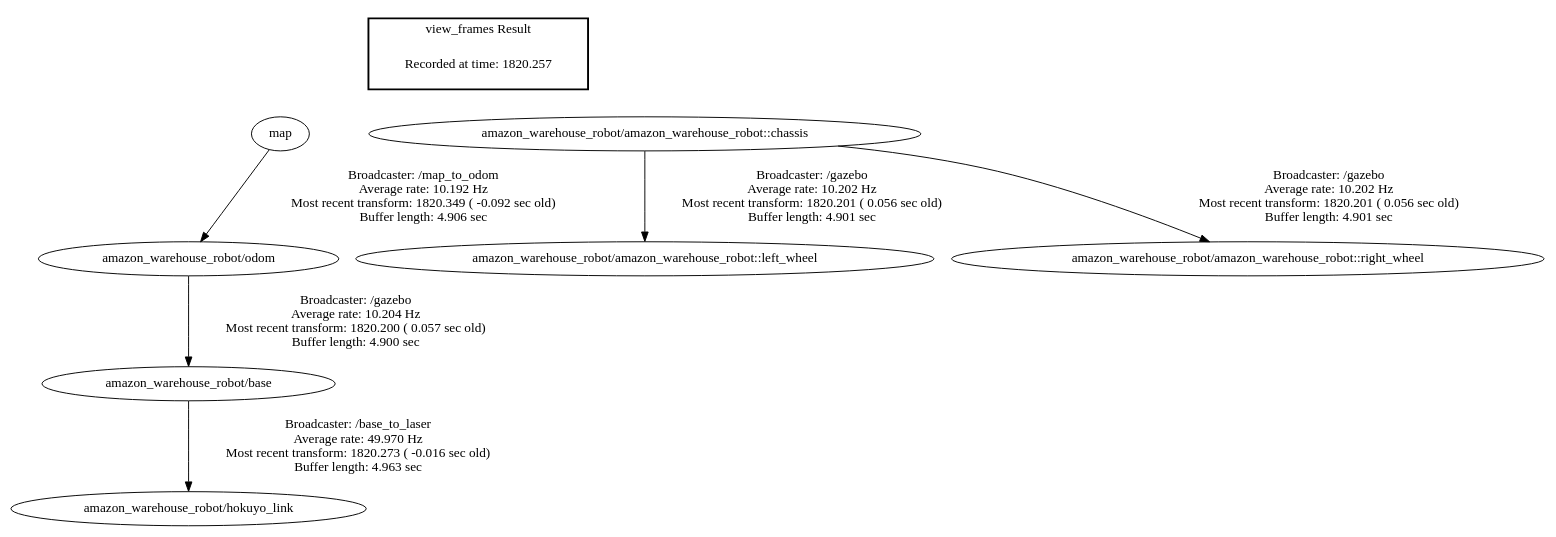
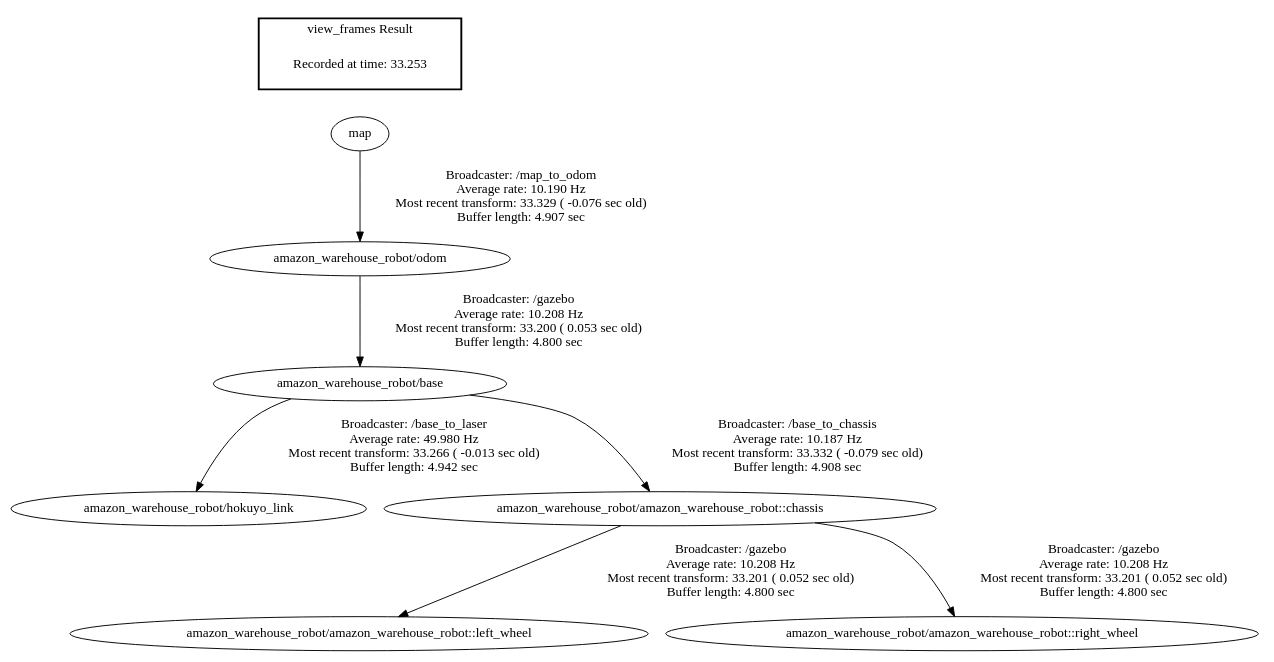
The diagram in main/frames.gv (TheRoboticsClub/colab-gsoc2019-Shyngyskhan_Abilkassov), drawn with Graphviz before and after one commit. The commit also changed 4 other files, not shown here.

```diff
--- a/main/frames.gv
+++ b/main/frames.gv
@@ -1,15 +1,12 @@
 digraph G {
-"amazon_warehouse_robot/base" -> "amazon_warehouse_robot/hokuyo_link"[label="Broadcaster: /base_to_laser\nAverage rate: 49.970 Hz\nMost recent transform: 1820.273 ( -0.016 sec old)\nBuffer length: 4.963 sec\n"];
-"amazon_warehouse_robot/odom" -> "amazon_warehouse_robot/base"[label="Broadcaster: /gazebo\nAverage rate: 10.204 Hz\nMost recent transform: 1820.200 ( 0.057 sec old)\nBuffer length: 4.900 sec\n"];
-"map" -> "amazon_warehouse_robot/odom"[label="Broadcaster: /map_to_odom\nAverage rate: 10.192 Hz\nMost recent transform: 1820.349 ( -0.092 sec old)\nBuffer length: 4.906 sec\n"];
-"amazon_warehouse_robot/amazon_warehouse_robot::chassis" -> "amazon_warehouse_robot/amazon_warehouse_robot::left_wheel"[label="Broadcaster: /gazebo\nAverage rate: 10.202 Hz\nMost recent transform: 1820.201 ( 0.056 sec old)\nBuffer length: 4.901 sec\n"];
-"amazon_warehouse_robot/amazon_warehouse_robot::chassis" -> "amazon_warehouse_robot/amazon_warehouse_robot::right_wheel"[label="Broadcaster: /gazebo\nAverage rate: 10.202 Hz\nMost recent transform: 1820.201 ( 0.056 sec old)\nBuffer length: 4.901 sec\n"];
+"amazon_warehouse_robot/base" -> "amazon_warehouse_robot/hokuyo_link"[label="Broadcaster: /base_to_laser\nAverage rate: 49.980 Hz\nMost recent transform: 33.266 ( -0.013 sec old)\nBuffer length: 4.942 sec\n"];
+"amazon_warehouse_robot/odom" -> "amazon_warehouse_robot/base"[label="Broadcaster: /gazebo\nAverage rate: 10.208 Hz\nMost recent transform: 33.200 ( 0.053 sec old)\nBuffer length: 4.800 sec\n"];
+"map" -> "amazon_warehouse_robot/odom"[label="Broadcaster: /map_to_odom\nAverage rate: 10.190 Hz\nMost recent transform: 33.329 ( -0.076 sec old)\nBuffer length: 4.907 sec\n"];
+"amazon_warehouse_robot/base" -> "amazon_warehouse_robot/amazon_warehouse_robot::chassis"[label="Broadcaster: /base_to_chassis\nAverage rate: 10.187 Hz\nMost recent transform: 33.332 ( -0.079 sec old)\nBuffer length: 4.908 sec\n"];
+"amazon_warehouse_robot/amazon_warehouse_robot::chassis" -> "amazon_warehouse_robot/amazon_warehouse_robot::left_wheel"[label="Broadcaster: /gazebo\nAverage rate: 10.208 Hz\nMost recent transform: 33.201 ( 0.052 sec old)\nBuffer length: 4.800 sec\n"];
+"amazon_warehouse_robot/amazon_warehouse_robot::chassis" -> "amazon_warehouse_robot/amazon_warehouse_robot::right_wheel"[label="Broadcaster: /gazebo\nAverage rate: 10.208 Hz\nMost recent transform: 33.201 ( 0.052 sec old)\nBuffer length: 4.800 sec\n"];
 edge [style=invis];
  subgraph cluster_legend { style=bold; color=black; label ="view_frames Result";
-"Recorded at time: 1820.257"[ shape=plaintext ] ;
- }->"amazon_warehouse_robot/amazon_warehouse_robot::chassis";
-edge [style=invis];
- subgraph cluster_legend { style=bold; color=black; label ="view_frames Result";
-"Recorded at time: 1820.257"[ shape=plaintext ] ;
+"Recorded at time: 33.253"[ shape=plaintext ] ;
  }->"map";
 }
```
